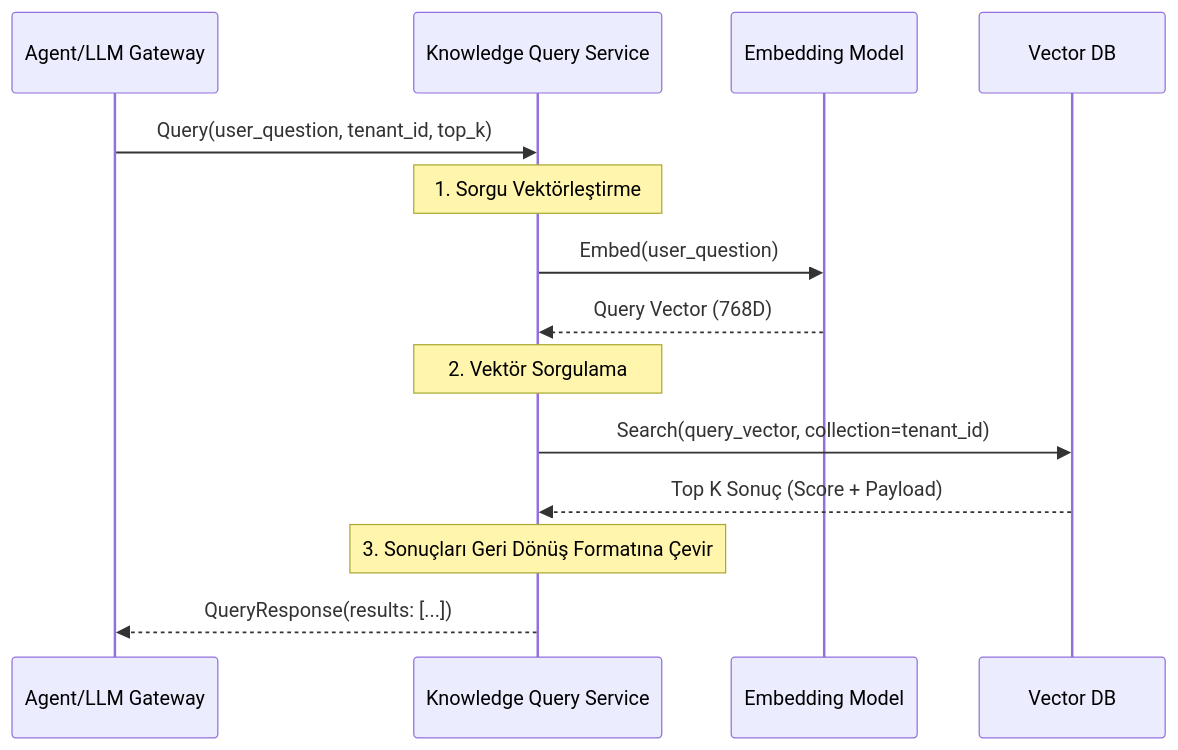
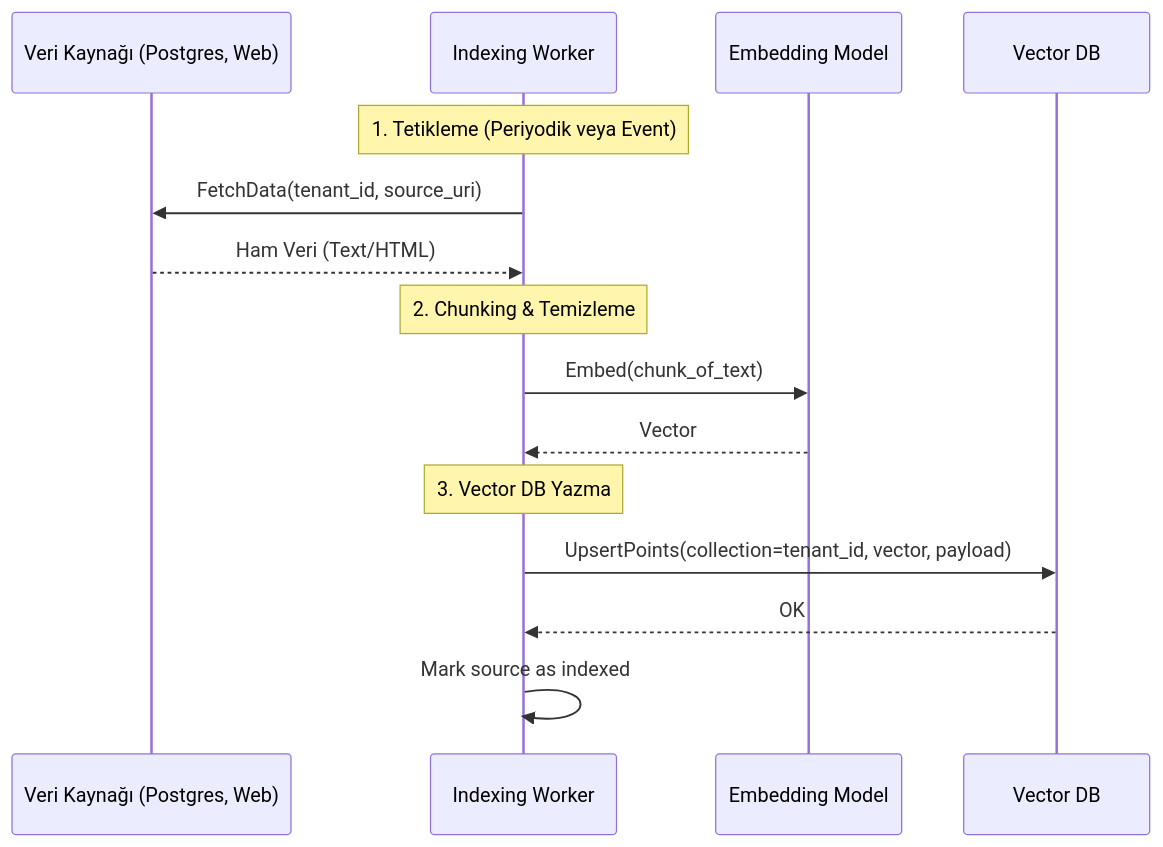
The diagram in LOGIC.md (sentiric/sentiric-knowledge-indexing-service), drawn with Mermaid before and after one commit. The commit also changed other lines of this file and 8 other files, not shown here.

First line of the commit message:
feat(infra-02): Create skeleton for sentiric-knowledge-indexing-service (Python)

````diff
--- a/LOGIC.md
+++ b/LOGIC.md
@@ -11,20 +11,21 @@
 ```mermaid
 sequenceDiagram
-    participant Agent as Agent/LLM Gateway
-    participant QueryService as Knowledge Query Service
+    participant Source as Veri Kaynağı (Postgres, Web)
+    participant Worker as Indexing Worker
     participant Embedding as Embedding Model
     participant Qdrant as Vector DB
     
-    Agent->>QueryService: Query(user_question, tenant_id, top_k)
+    Note over Worker: 1. Tetikleme (Periyodik veya Event)
+    Worker->>Source: FetchData(tenant_id, source_uri)
+    Source-->>Worker: Ham Veri (Text/HTML)
     
-    Note over QueryService: 1. Sorgu Vektörleştirme
-    QueryService->>Embedding: Embed(user_question)
-    Embedding-->>QueryService: Query Vector (768D)
+    Note over Worker: 2. Chunking & Temizleme
+    Worker->>Embedding: Embed(chunk_of_text)
+    Embedding-->>Worker: Vector
     
-    Note over QueryService: 2. Vektör Sorgulama
-    QueryService->>Qdrant: Search(query_vector, collection=tenant_id)
-    Qdrant-->>QueryService: Top K Sonuç (Score + Payload)
+    Note over Worker: 3. Vector DB Yazma
+    Worker->>Qdrant: UpsertPoints(collection=tenant_id, vector, payload)
+    Qdrant-->>Worker: OK
     
-    Note over QueryService: 3. Sonuçları Geri Dönüş Formatına Çevir
-    QueryService-->>Agent: QueryResponse(results: [...])
+    Worker->>Worker: Mark source as indexed
 ```
````
